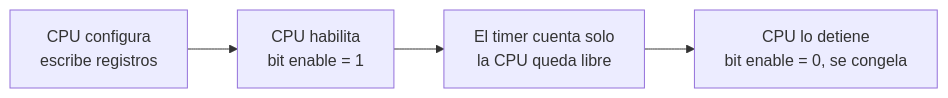
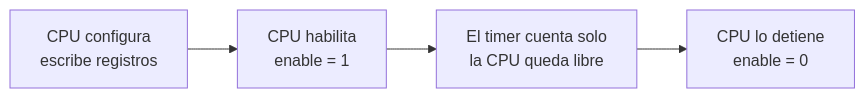
One commit to AlejandroTatum/sistemas-digitales-unl changed the second of 7 diagrams in unidad-1/apuntes/05-temporizadores.md. Above: the diagram before and after it, drawn with Mermaid. The commit also changed other lines of this file and 16 other files, not shown here.

````diff
--- a/unidad-1/apuntes/05-temporizadores.md
+++ b/unidad-1/apuntes/05-temporizadores.md
@@ -44,6 +47,6 @@
 ```mermaid
 flowchart LR
-    A["CPU configura<br/>escribe registros"] --> B["CPU habilita<br/>bit enable = 1"]
+    A["CPU configura<br/>escribe registros"] --> B["CPU habilita<br/>enable = 1"]
     B --> C["El timer cuenta solo<br/>la CPU queda libre"]
-    C --> D["CPU lo detiene<br/>bit enable = 0, se congela"]
+    C --> D["CPU lo detiene<br/>enable = 0"]
 ```
````
